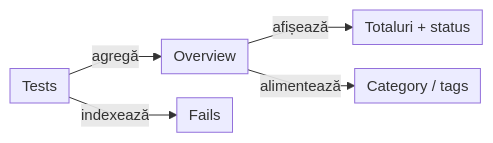
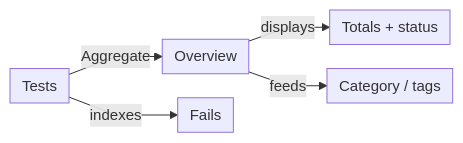
The eighth of 11 diagrams in docs/ATF_Reporting_Contract.md (crististefanita/atf_j0), drawn with Mermaid before and after one commit. The commit also changed other lines of this file and 113 other files, not shown here.

````diff
--- a/docs/ATF_Reporting_Contract.md
+++ b/docs/ATF_Reporting_Contract.md
@@ -718,8 +570,8 @@
 ```mermaid
 %%{init: {"themeVariables":{"fontSize":"15px"},"themeCSS":".nodeLabel, .nodeLabel p { font-size: 15px !important; line-height: 1.35 !important; } .edgeLabel, .edgeLabel p { font-size: 12px !important; font-weight: 400 !important; line-height: 1.2 !important; } .edgeLabel .labelBkg, .edgeLabel p { background: transparent !important; } .edgeLabel foreignObject { transform: translateY(-18px); overflow: visible; } .node rect { rx: 6px; ry: 6px; }","flowchart":{"curve":"linear","nodeSpacing":24,"rankSpacing":24,"padding":6,"diagramPadding":20}}}%%
 flowchart LR
-    Tests["Tests"] -->|agregă| Overview["Overview"]
-    Overview -->|afișează| Counts["Totaluri + status"]
-    Overview -->|alimentează| Navigation["Category / tags"]
-    Tests -->|indexează| Fails["Fails"]
+    Tests["Tests"] -->|Aggregate| Overview["Overview"]
+    Overview -->|displays| Counts["Totals + status"]
+    Overview -->|feeds| Navigation["Category / tags"]
+    Tests -->|indexes| Fails["Fails"]
 ```
````
